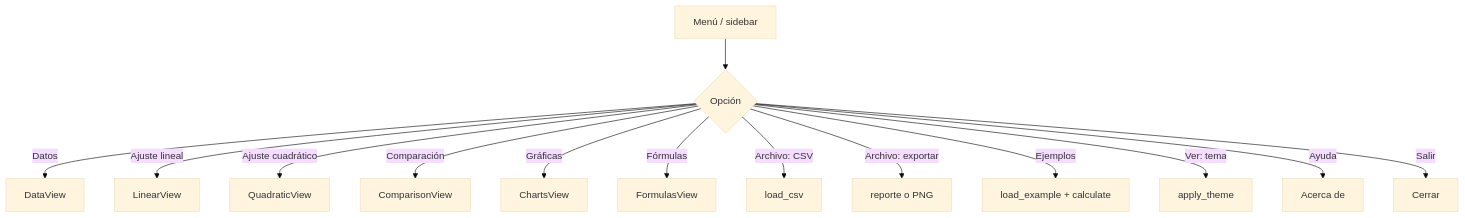
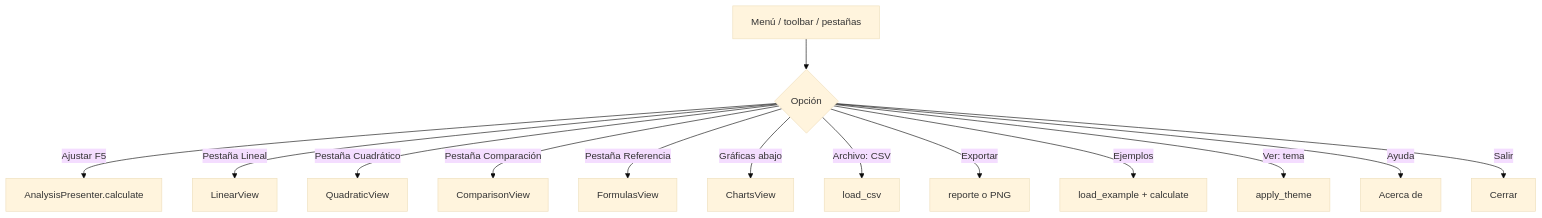
Before and after one commit to T1Angel4220/CalculadoraAproximacion: the diagram in docs/flowcharts/08-menu-principal.md, drawn with Mermaid (base theme). The commit also changed other lines of this file and 16 other files, not shown here.

````diff
--- a/docs/flowcharts/08-menu-principal.md
+++ b/docs/flowcharts/08-menu-principal.md
@@ -5,16 +5,16 @@
 ```mermaid
 flowchart TD
-    A[Menú / sidebar] --> B{Opción}
-    B -->|Datos| C[DataView]
-    B -->|Ajuste lineal| D[LinearView]
-    B -->|Ajuste cuadrático| E[QuadraticView]
-    B -->|Comparación| F[ComparisonView]
-    B -->|Gráficas| G[ChartsView]
-    B -->|Fórmulas| H[FormulasView]
+    A[Menú / toolbar / pestañas] --> B{Opción}
+    B -->|Ajustar F5| C[AnalysisPresenter.calculate]
+    B -->|Pestaña Lineal| D[LinearView]
+    B -->|Pestaña Cuadrático| E[QuadraticView]
+    B -->|Pestaña Comparación| F[ComparisonView]
+    B -->|Pestaña Referencia| G[FormulasView]
+    B -->|Gráficas abajo| H[ChartsView]
     B -->|Archivo: CSV| I[load_csv]
-    B -->|Archivo: exportar| J[reporte o PNG]
+    B -->|Exportar| J[reporte o PNG]
     B -->|Ejemplos| K[load_example + calculate]
     B -->|Ver: tema| L[apply_theme]
     B -->|Ayuda| M[Acerca de]
     B -->|Salir| N[Cerrar]
 ```
````
